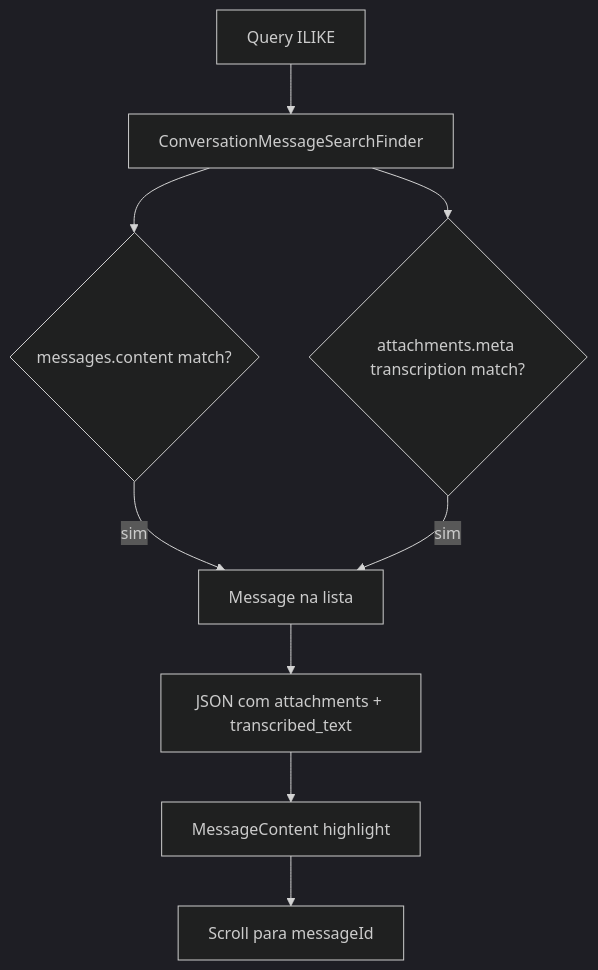
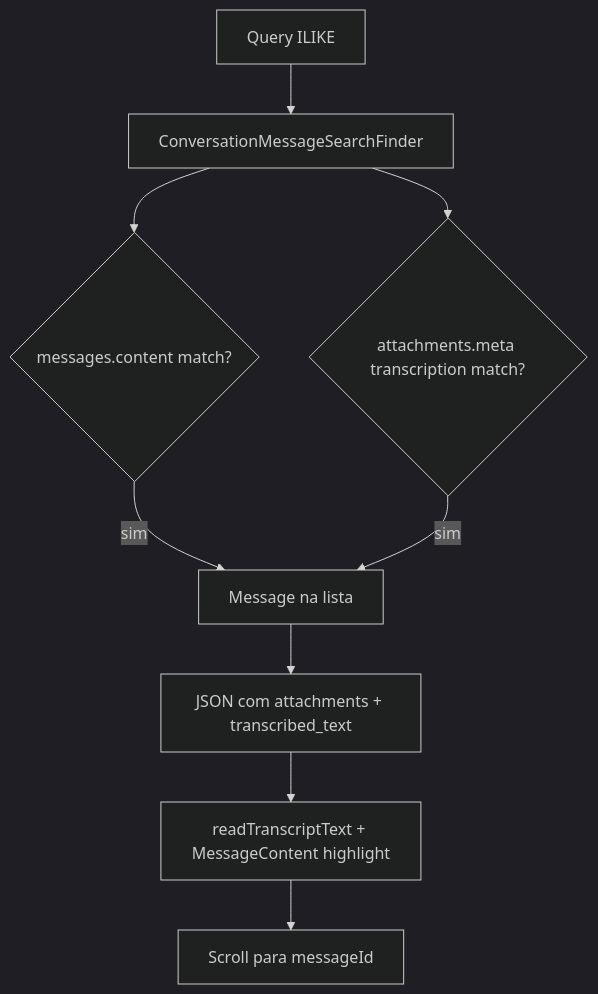
Before and after one commit to cesar-carlos/chatwoot: the diagram in doc/feature/conversation-message-search/audio-transcription-search.md, drawn with Mermaid (dark theme). The commit also changed other lines of this file and 25 other files, not shown here.

````diff
--- a/doc/feature/conversation-message-search/audio-transcription-search.md
+++ b/doc/feature/conversation-message-search/audio-transcription-search.md
@@ -196,11 +210,11 @@
 ```mermaid
 flowchart TD
   Q[Query ILIKE] --> F[ConversationMessageSearchFinder]
   F --> C{messages.content match?}
   F --> T{attachments.meta transcription match?}
   C -->|sim| M[Message na lista]
   T -->|sim| M
   M --> API[JSON com attachments + transcribed_text]
-  API --> UI[MessageContent highlight]
+  API --> UI[readTranscriptText + MessageContent highlight]
   UI --> Click[Scroll para messageId]
 ```
````
